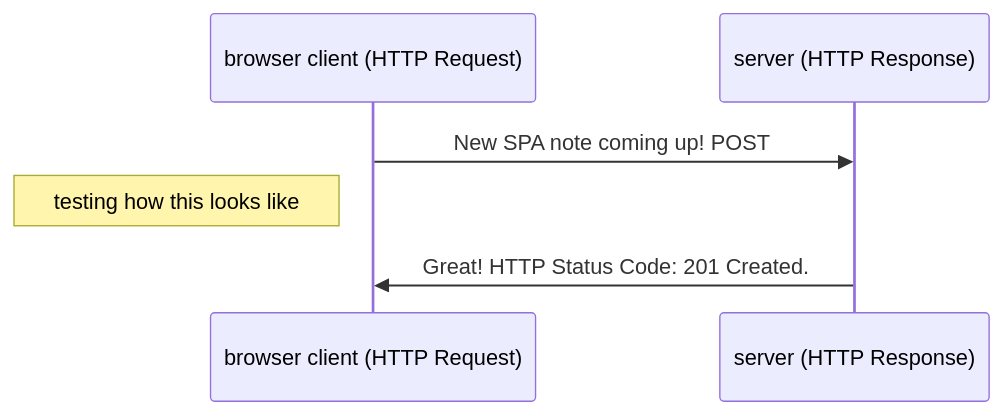
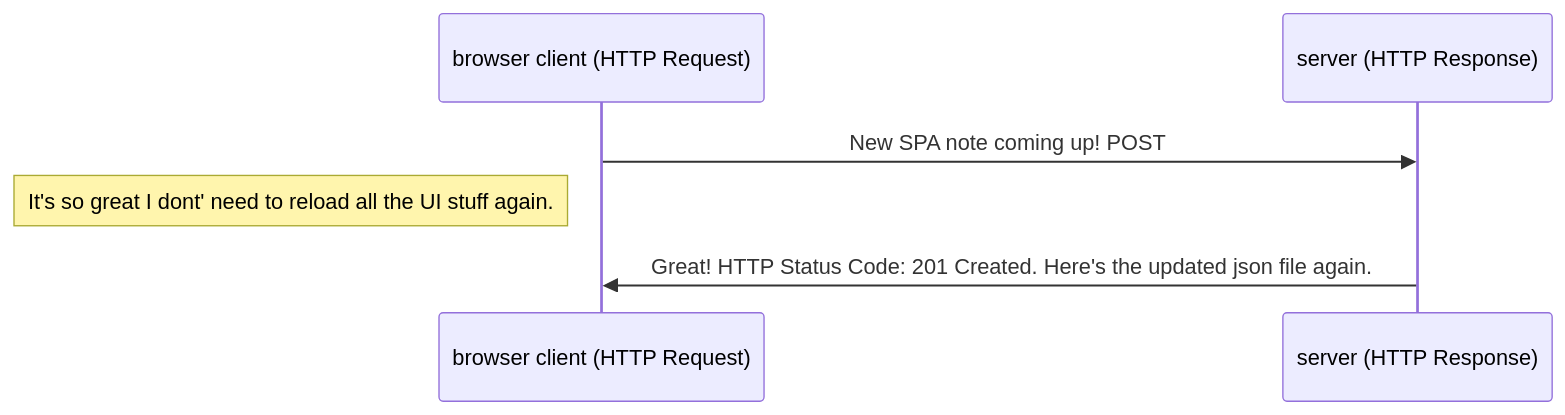
Before and after one commit to ellallaa/palautusrepo2023: the diagram in osa0/spakaavio.md, drawn with Mermaid.

````diff
--- a/osa0/spakaavio.md
+++ b/osa0/spakaavio.md
@@ -2,10 +2,10 @@
 ```mermaid
   sequenceDiagram
   participant bc as browser client (HTTP Request)
   participant s as server (HTTP Response)  
 
   bc->>s: New SPA note coming up! POST
-  Note left of bc: testing how this looks like 
-  s->>bc: Great! HTTP Status Code: 201 Created.
+  Note left of bc: It's so great I dont' need to reload all the UI stuff again.
+  s->>bc: Great! HTTP Status Code: 201 Created. Here's the updated json file again.
 
 ```
````
